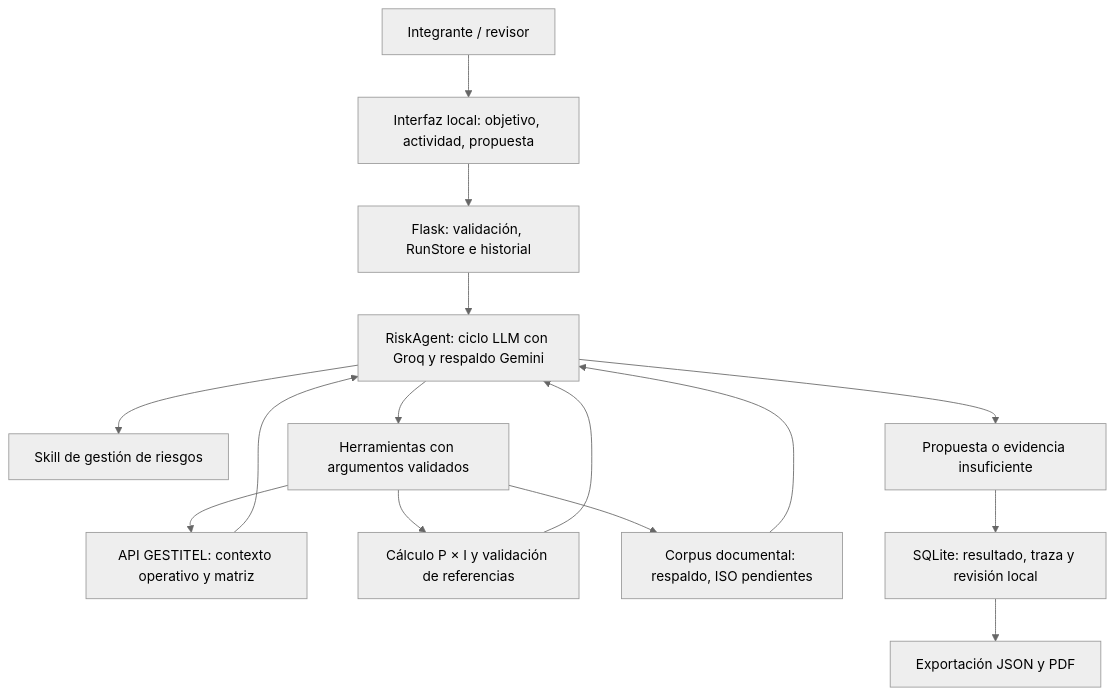
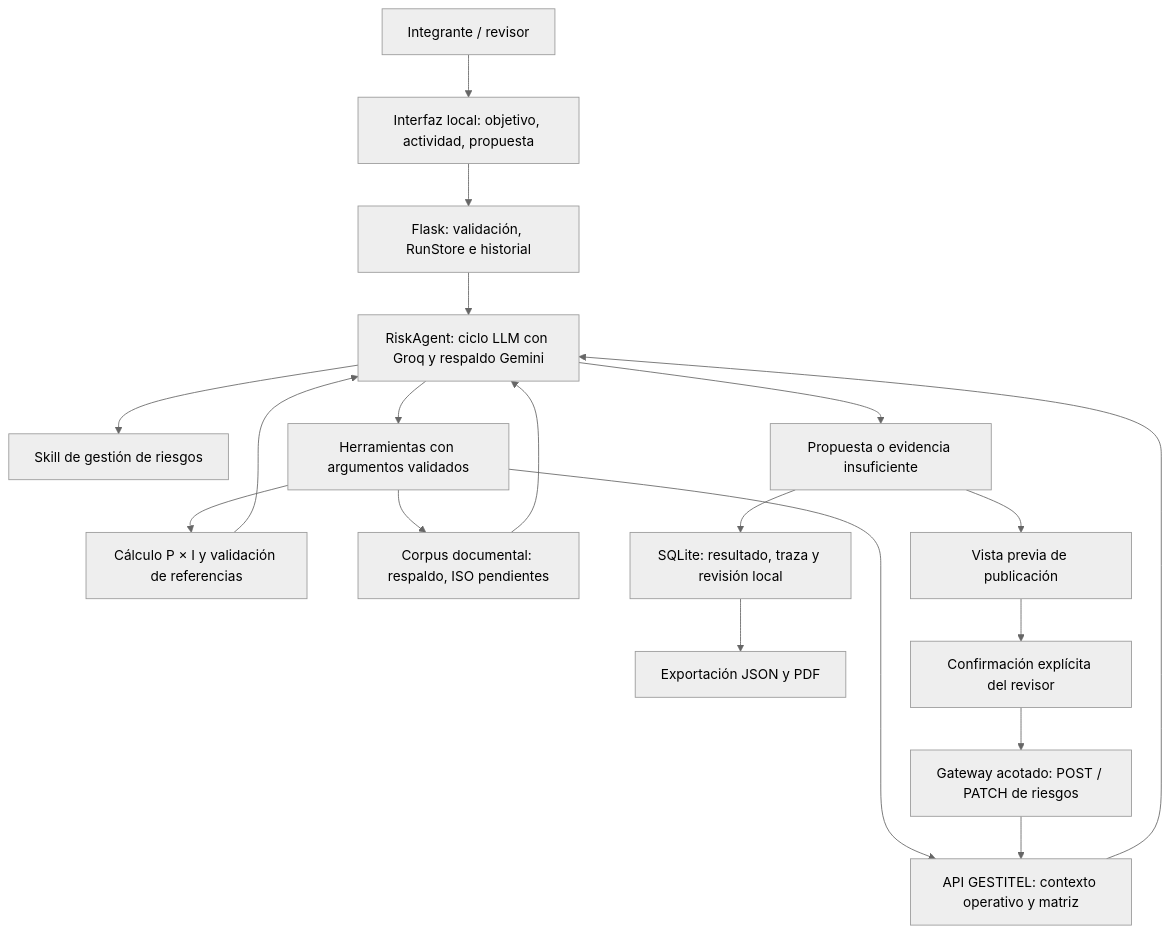
Before and after one commit to mbarrios28/agente_PIMS_auditoria: the diagram in docs/entrega_ec2/arquitectura.mmd, drawn with Mermaid (neutral theme). The commit also changed 7 other files, not shown here.

```diff
--- a/docs/entrega_ec2/arquitectura.mmd
+++ b/docs/entrega_ec2/arquitectura.mmd
@@ -1,15 +1,20 @@
 flowchart TD
   U[Integrante / revisor] --> W[Interfaz local: objetivo, actividad, propuesta]
   W --> F[Flask: validación, RunStore e historial]
   F --> A[RiskAgent: ciclo LLM con Groq y respaldo Gemini]
   A --> S[Skill de gestión de riesgos]
   A --> T[Herramientas con argumentos validados]
   T --> G[API GESTITEL: contexto operativo y matriz]
   T --> C[Cálculo P × I y validación de referencias]
   T --> D[Corpus documental: respaldo, ISO pendientes]
   G --> A
   C --> A
   D --> A
   A --> R[Propuesta o evidencia insuficiente]
   R --> H[SQLite: resultado, traza y revisión local]
   H --> E[Exportación JSON y PDF]
+
+  R --> P[Vista previa de publicación]
+  P --> U2[Confirmación explícita del revisor]
+  U2 --> GW[Gateway acotado: POST / PATCH de riesgos]
+  GW --> G
```
